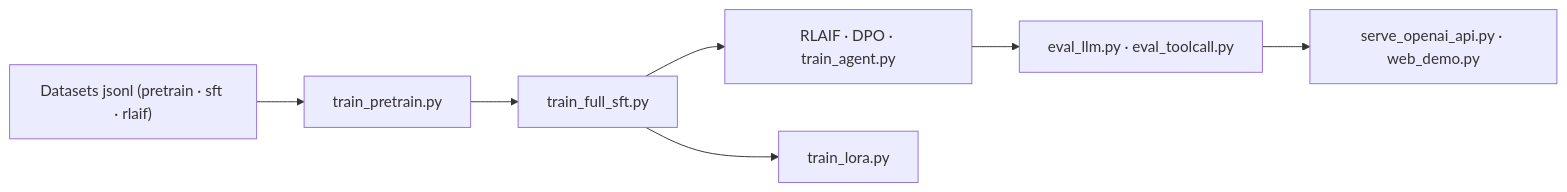
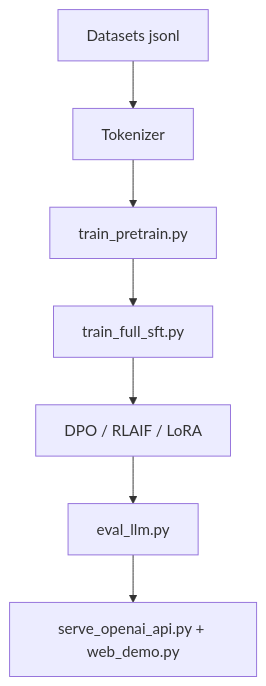
Before and after one commit to floSa/Veille-Repo: the diagram in veille/.data/fiches/jingyaogong__minimind.md, drawn with Mermaid. The commit also changed other lines of this file and 446 other files, not shown here.

Commit message:
Mise à jour du catalogue : 12 479 dépôts, 7 743 synthèses, 7 627 diagrammes

````diff
--- a/veille/.data/fiches/jingyaogong__minimind.md
+++ b/veille/.data/fiches/jingyaogong__minimind.md
@@ -27,9 +27,9 @@
 ```mermaid
-flowchart LR
-  D["Datasets jsonl (pretrain · sft · rlaif)"] --> PT["train_pretrain.py"]
-  PT --> SFT["train_full_sft.py"]
-  SFT --> RL["RLAIF · DPO · train_agent.py"]
-  SFT --> LoRA["train_lora.py"]
-  RL --> Ev["eval_llm.py · eval_toolcall.py"]
-  Ev --> Srv["serve_openai_api.py · web_demo.py"]
+flowchart TD
+    Data["Datasets jsonl"] --> Tok["Tokenizer"]
+    Tok --> Pre["train_pretrain.py"]
+    Pre --> SFT["train_full_sft.py"]
+    SFT --> RL["DPO / RLAIF / LoRA"]
+    RL --> Eval["eval_llm.py"]
+    Eval --> API["serve_openai_api.py + web_demo.py"]
 ```
````
